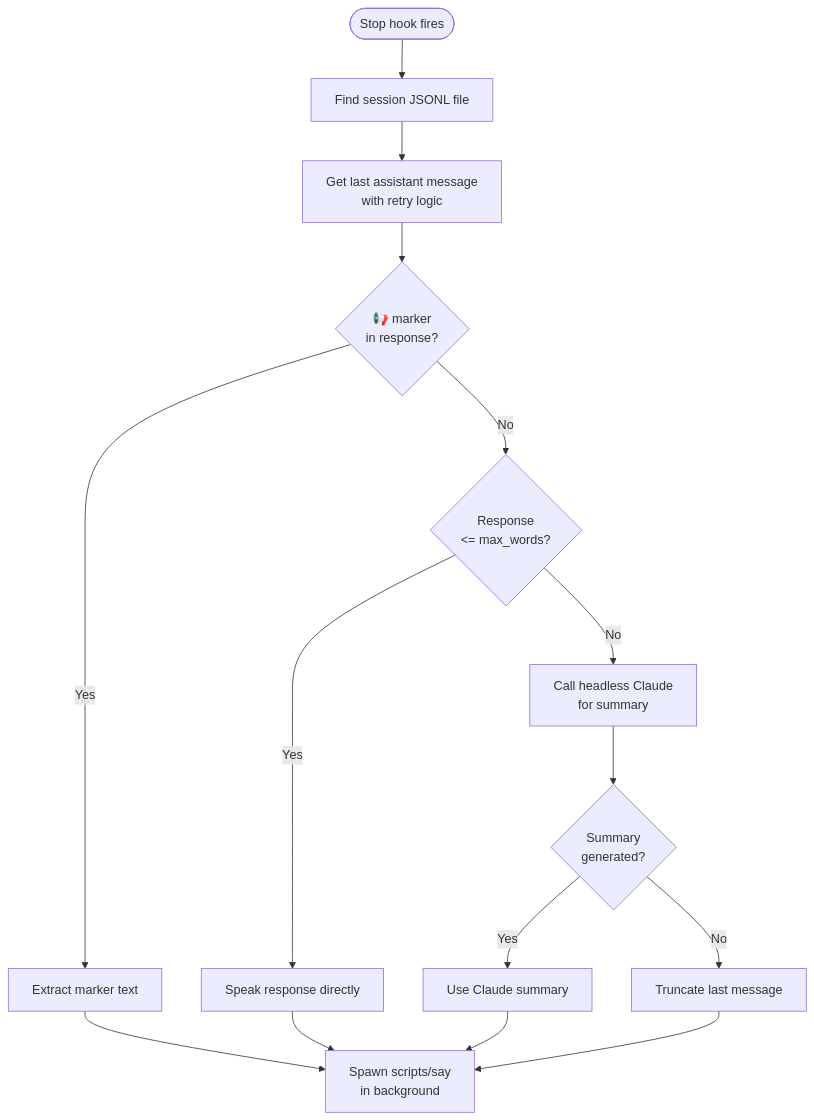
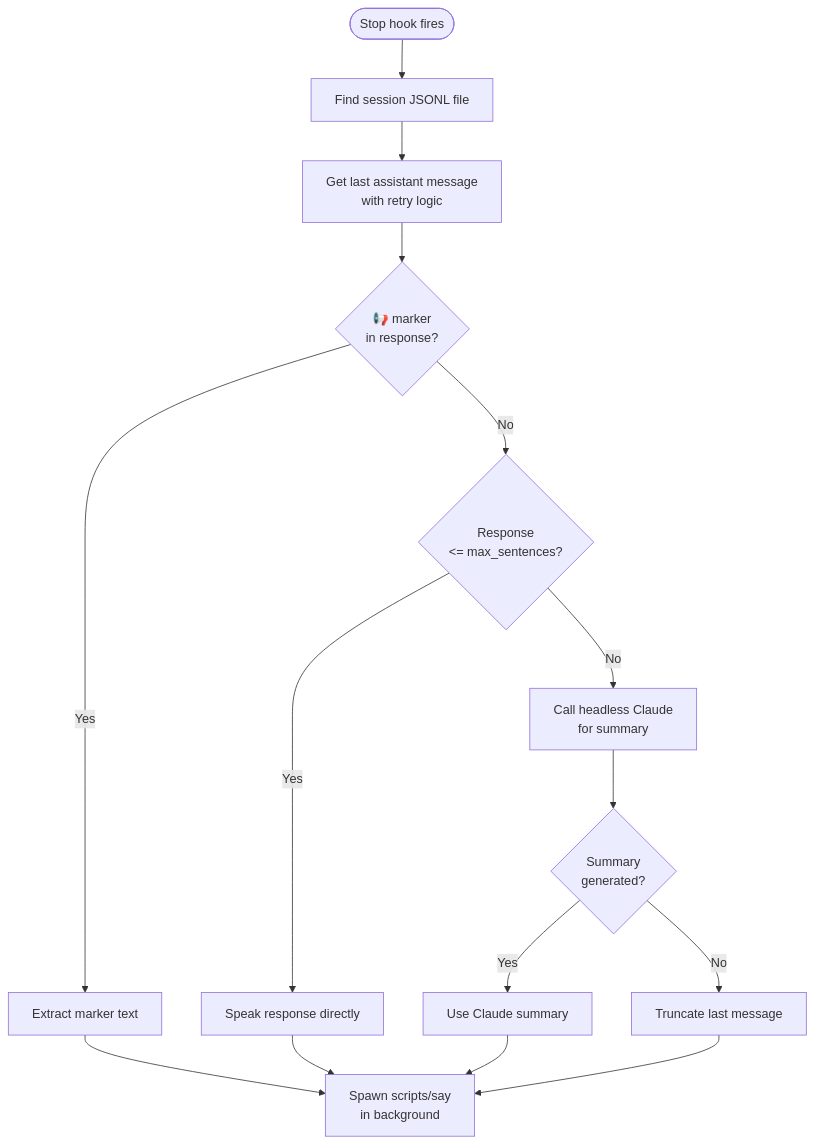
One commit to BestSithInEU/cc-vox changed the diagram in docs/architecture/hooks.md. Above: the diagram before and after it, drawn with Mermaid. The commit also changed 12 other files, not shown here.

First line of the commit message:
feat: replace max_words with max_sentences config

````diff
--- a/docs/architecture/hooks.md
+++ b/docs/architecture/hooks.md
@@ -72,14 +72,14 @@
 ```mermaid
 flowchart TD
     Start([Stop hook fires]) --> FindSession[Find session JSONL file]
     FindSession --> GetMsg[Get last assistant message<br>with retry logic]
     GetMsg --> S1{📢 marker<br>in response?}
     S1 -->|Yes| Extract[Extract marker text]
-    S1 -->|No| S2{Response<br><= max_words?}
+    S1 -->|No| S2{Response<br><= max_sentences?}
     S2 -->|Yes| Direct[Speak response directly]
     S2 -->|No| S3[Call headless Claude<br>for summary]
     S3 --> HasSummary{Summary<br>generated?}
     HasSummary -->|Yes| UseSummary[Use Claude summary]
     HasSummary -->|No| S4[Truncate last message]
     Extract & Direct & UseSummary & S4 --> Speak[Spawn scripts/say<br>in background]
 ```
````
